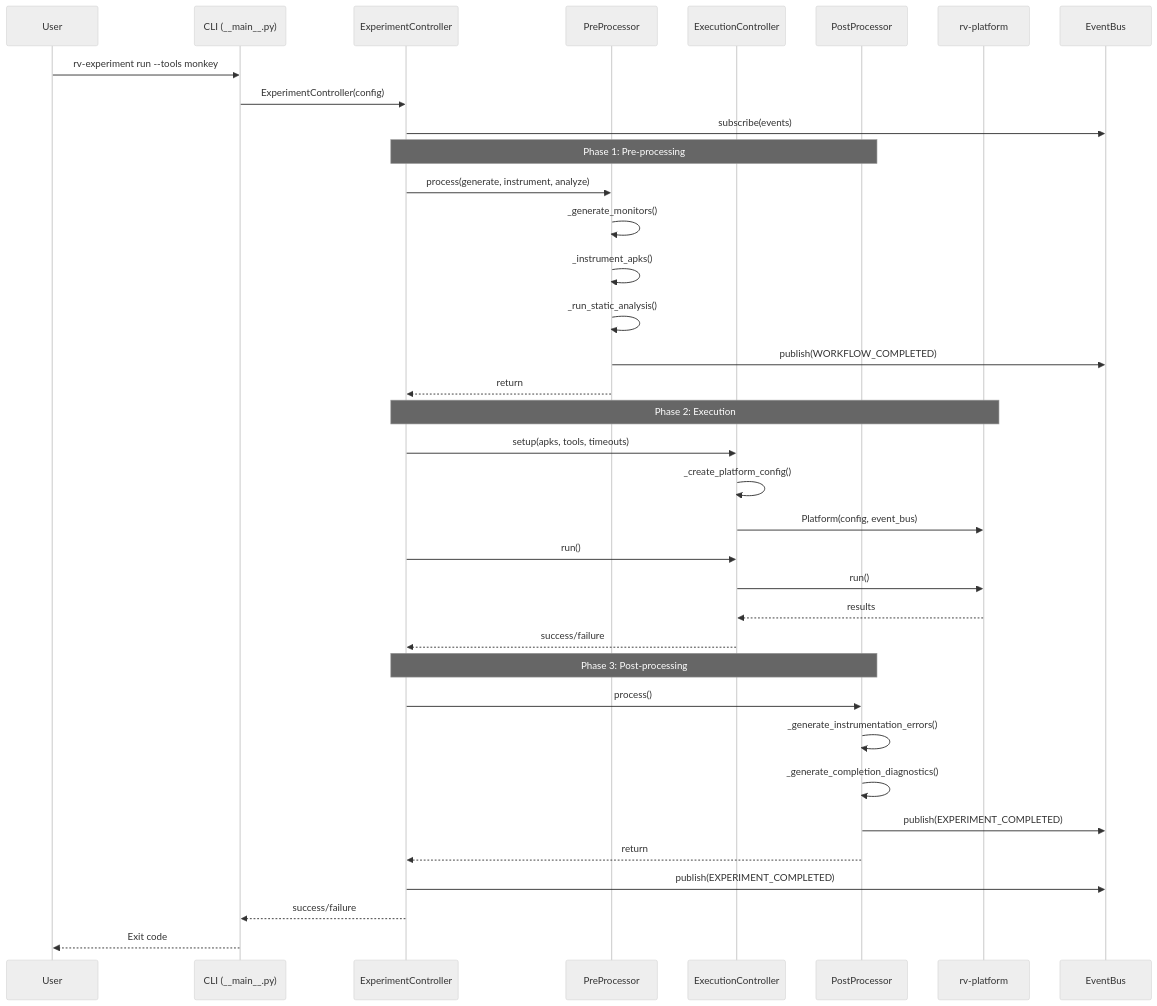
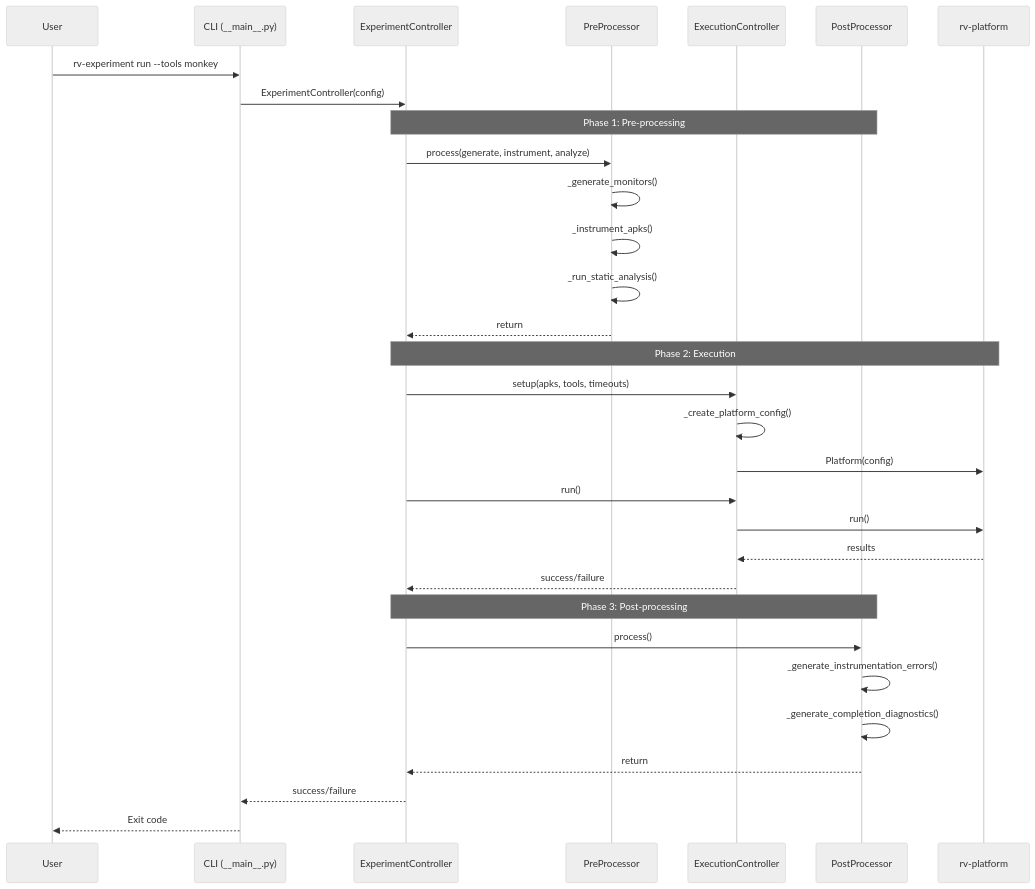
The fourth of 6 diagrams in rv-android/modules/rv-experiment/docs/architecture.md (PAMunb/rvsec), drawn with Mermaid before and after one commit. The commit also changed other lines of this file and 50 other files, not shown here.

First line of the commit message:
remove dead EventBus infrastructure (0 subscribers, ~2860 net lines), closes #11

````diff
--- a/rv-android/modules/rv-experiment/docs/architecture.md
+++ b/rv-android/modules/rv-experiment/docs/architecture.md
@@ -287,44 +270,39 @@
 ```mermaid
 %%{init: {'theme': 'neutral'}}%%
 sequenceDiagram
     participant User
     participant CLI as CLI (__main__.py)
     participant EC as ExperimentController
     participant Pre as PreProcessor
     participant Exec as ExecutionController
     participant Post as PostProcessor
     participant Platform as rv-platform
-    participant EventBus as EventBus
 
     User->>CLI: rv-experiment run --tools monkey
     CLI->>EC: ExperimentController(config)
-    EC->>EventBus: subscribe(events)
 
     Note over EC,Post: Phase 1: Pre-processing
     EC->>Pre: process(generate, instrument, analyze)
     Pre->>Pre: _generate_monitors()
     Pre->>Pre: _instrument_apks()
     Pre->>Pre: _run_static_analysis()
-    Pre->>EventBus: publish(WORKFLOW_COMPLETED)
     Pre-->>EC: return
 
     Note over EC,Platform: Phase 2: Execution
     EC->>Exec: setup(apks, tools, timeouts)
     Exec->>Exec: _create_platform_config()
-    Exec->>Platform: Platform(config, event_bus)
+    Exec->>Platform: Platform(config)
     EC->>Exec: run()
     Exec->>Platform: run()
     Platform-->>Exec: results
     Exec-->>EC: success/failure
 
     Note over EC,Post: Phase 3: Post-processing
     EC->>Post: process()
     Post->>Post: _generate_instrumentation_errors()
     Post->>Post: _generate_completion_diagnostics()
-    Post->>EventBus: publish(EXPERIMENT_COMPLETED)
     Post-->>EC: return
 
-    EC->>EventBus: publish(EXPERIMENT_COMPLETED)
     EC-->>CLI: success/failure
     CLI-->>User: Exit code
 ```
````
